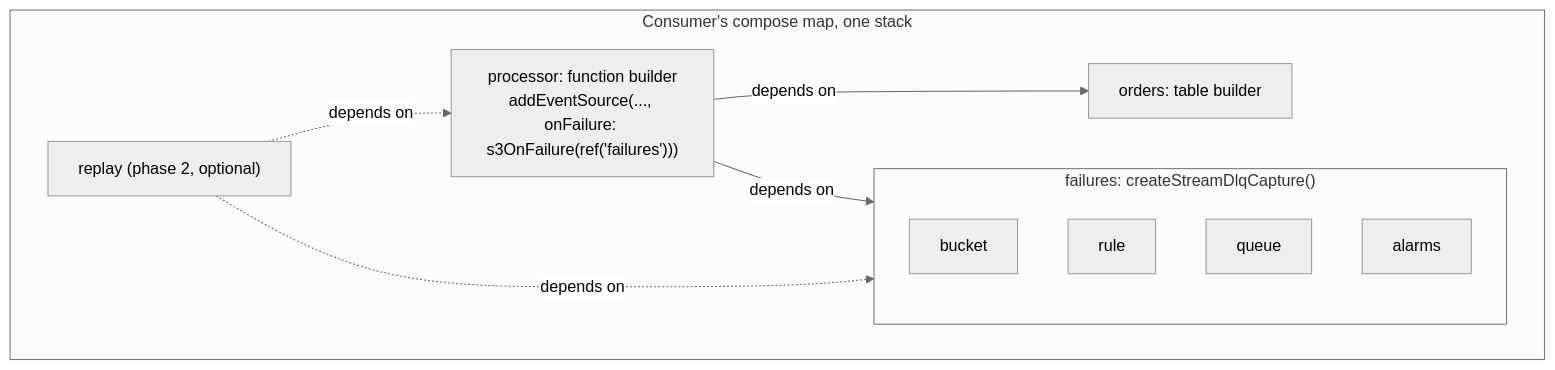
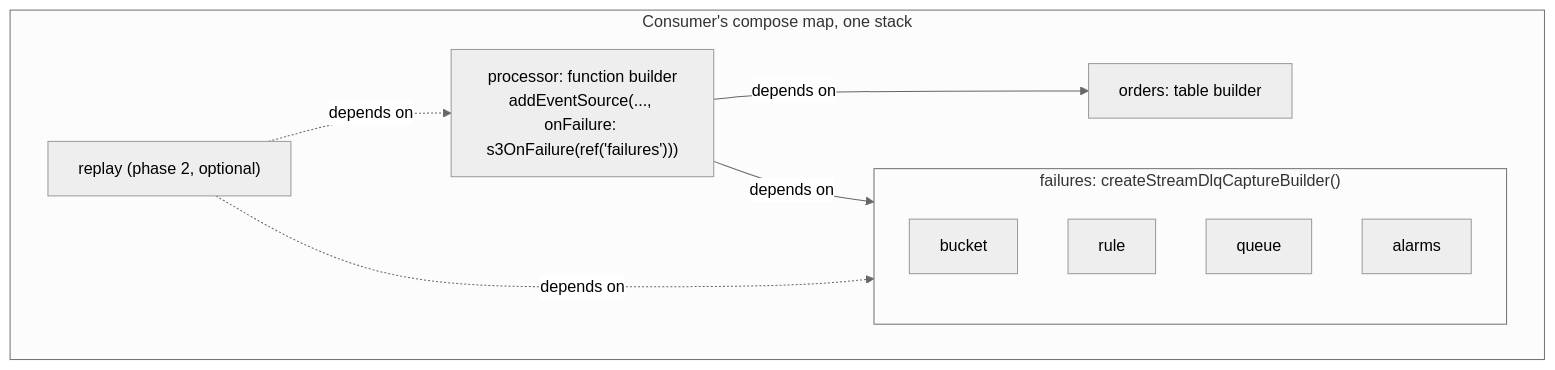
One commit to composure-labs/composurecdk-stream-dlq changed the third of 3 diagrams in docs/architecture.md. Above: the diagram before and after it, drawn with Mermaid (neutral theme). The commit also changed other lines of this file and 10 other files, not shown here.

First line of the commit message:
feat: add the stream failure capture builder (#5)

````diff
--- a/docs/architecture.md
+++ b/docs/architecture.md
@@ -118,18 +118,18 @@
 ```mermaid
 flowchart TB
   subgraph app["Consumer's compose map, one stack"]
     orders["orders: table builder"]
-    subgraph failures["failures: createStreamDlqCapture()"]
+    subgraph failures["failures: createStreamDlqCaptureBuilder()"]
       b["bucket"]
       r["rule"]
       q["queue"]
       a["alarms"]
     end
     processor["processor: function builder<br/>addEventSource(..., onFailure: s3OnFailure(ref('failures')))"]
     replay["replay (phase 2, optional)"]
   end
   processor -- depends on --> orders
   processor -- depends on --> failures
   replay -. depends on .-> failures
   replay -. depends on .-> processor
 ```
````
